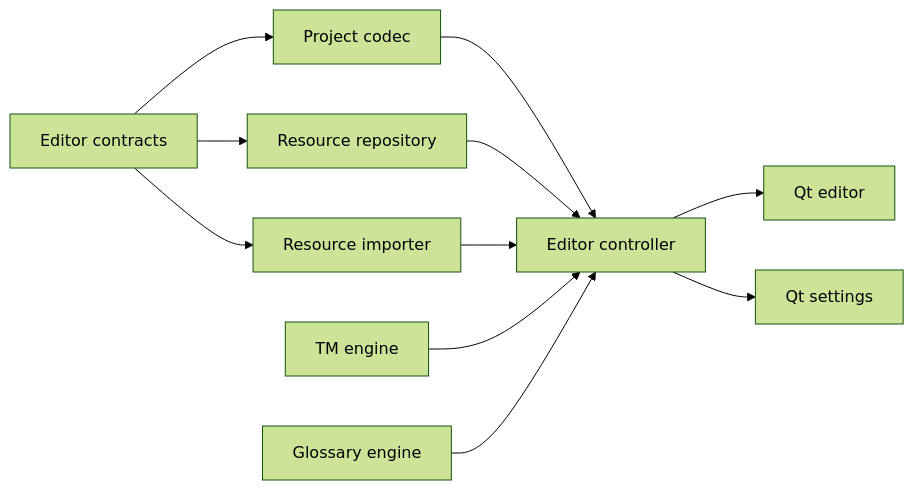
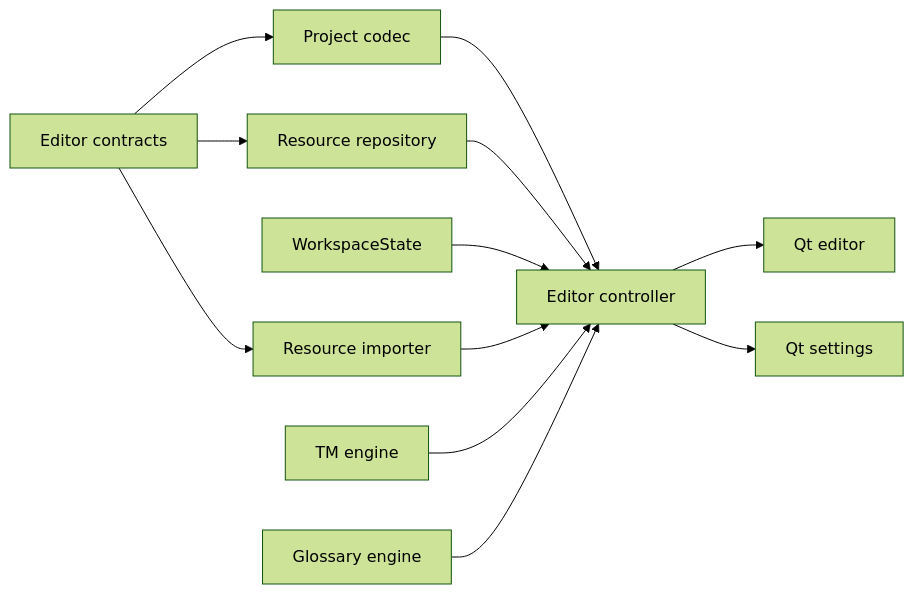
Before and after one commit to BeFringe/LocalCAT: the first of 5 diagrams in .kiro/specs/qt-editor-mvp/design.md, drawn with Mermaid (forest theme). The commit also changed other lines of this file and 10 other files, not shown here.

````diff
--- a/.kiro/specs/qt-editor-mvp/design.md
+++ b/.kiro/specs/qt-editor-mvp/design.md
@@ -65,13 +68,14 @@
 ```mermaid
 graph LR
     Contracts[Editor contracts] --> ProjectCodec[Project codec]
     Contracts --> ResourceRepo[Resource repository]
     Contracts --> ResourceImporter[Resource importer]
     ProjectCodec --> EditorController[Editor controller]
     ResourceRepo --> EditorController
+    WorkspaceState --> EditorController
     ResourceImporter --> EditorController
     TMEngine[TM engine] --> EditorController
     GlossaryEngine[Glossary engine] --> EditorController
     EditorController --> MainWindow[Qt editor]
     EditorController --> SettingsDialog[Qt settings]
 ```
````
